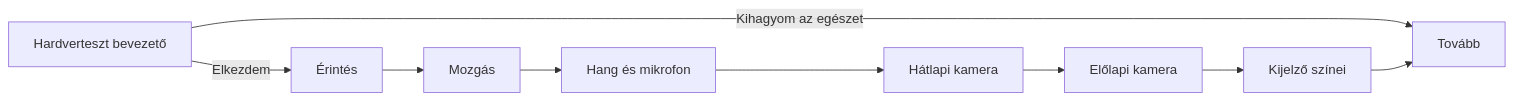
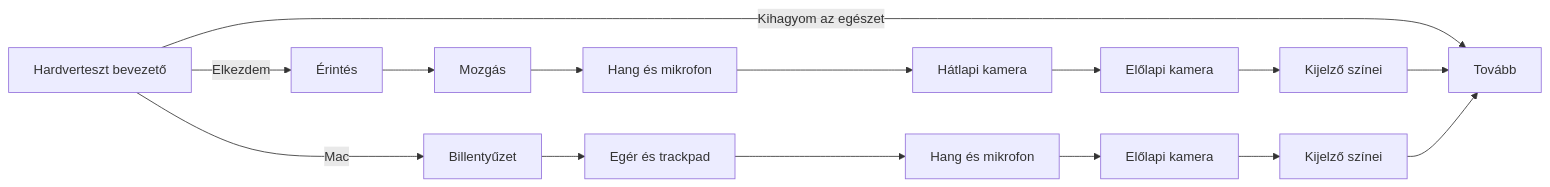
Before and after one commit to krisz0722/ipad-audit: the third of 7 diagrams in docs/flows.md, drawn with Mermaid. The commit also changed other lines of this file and 1 other file, not shown here.

First line of the commit message:
docs: document the Mac tests and translate the English diagrams

````diff
--- a/docs/flows.md
+++ b/docs/flows.md
@@ -96,6 +96,7 @@
 ```mermaid
 flowchart LR
   I["Hardverteszt bevezető"] -->|"Elkezdem"| T["Érintés"]
   I -->|"Kihagyom az egészet"| X["Tovább"]
   T --> MO["Mozgás"] --> AU["Hang és mikrofon"] --> CR["Hátlapi kamera"] --> CF["Előlapi kamera"] --> DI["Kijelző színei"] --> X
+  I -->|"Mac"| KB["Billentyűzet"] --> PT["Egér és trackpad"] --> AU2["Hang és mikrofon"] --> CF2["Előlapi kamera"] --> DI2["Kijelző színei"] --> X
 ```
````
